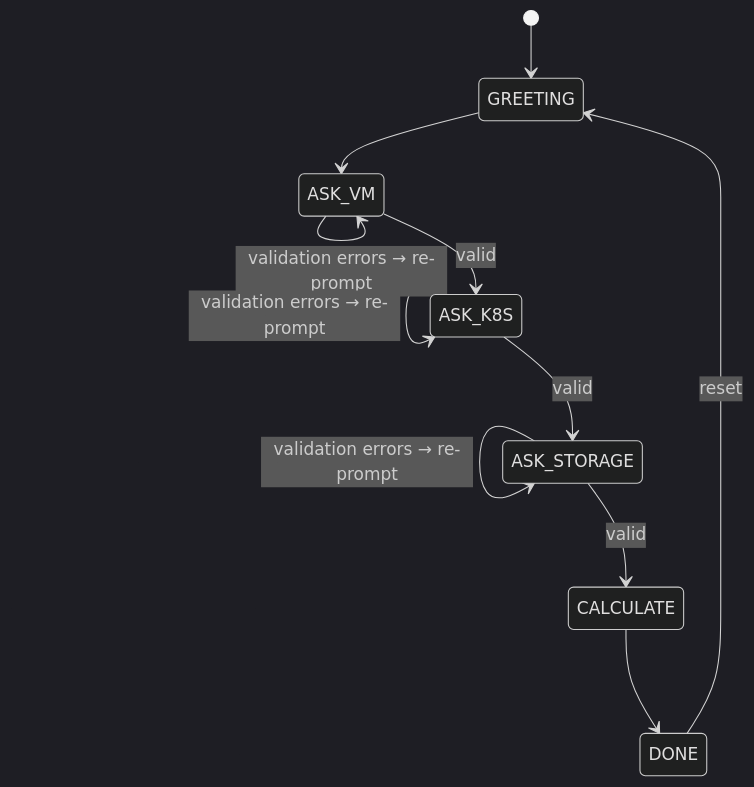
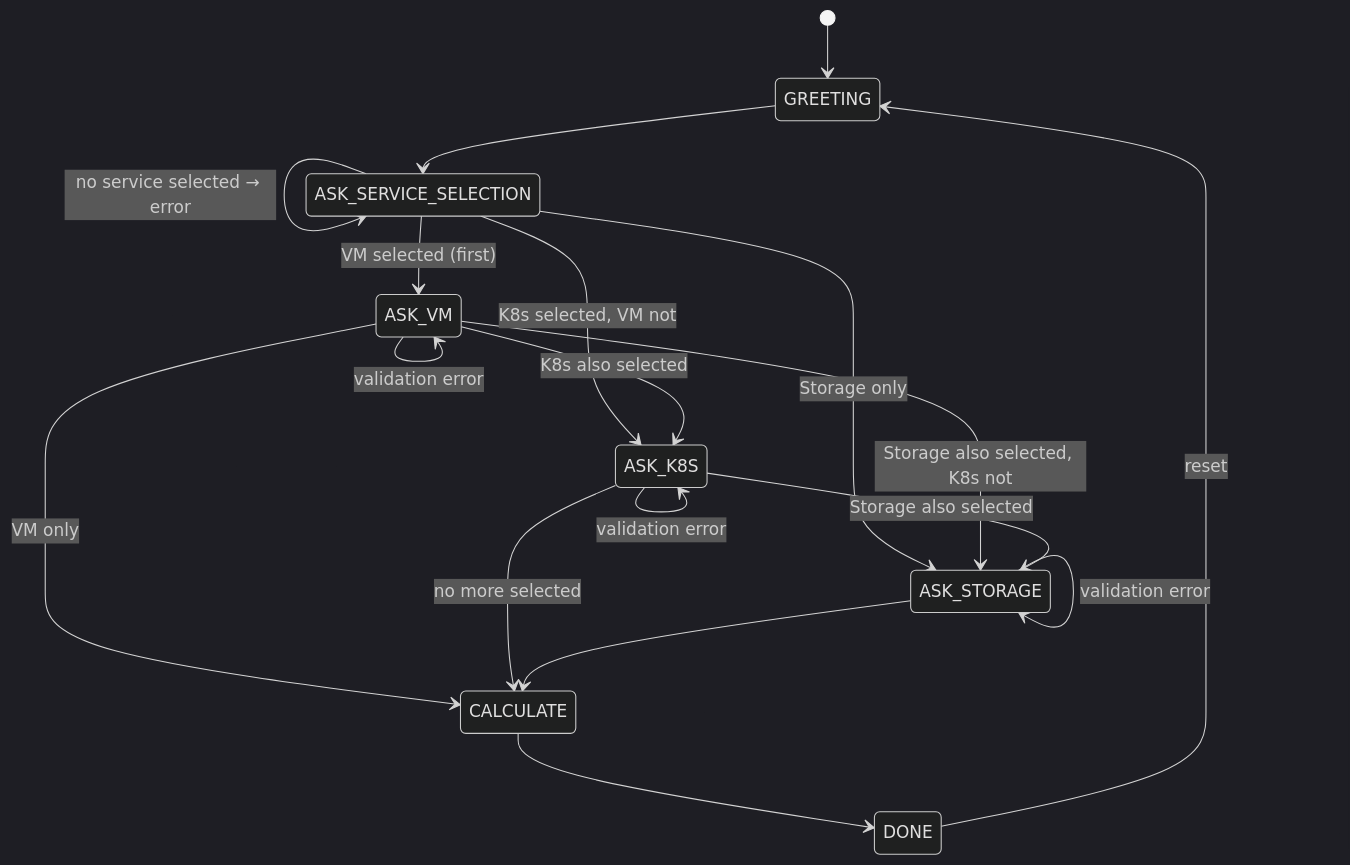
One commit to rmvxmir/cloud-tsis-3 changed the second of 2 diagrams in implementation-plan.md. Above: the diagram before and after it, drawn with Mermaid (dark theme). The commit also changed other lines of this file and 10 other files, not shown here.

````diff
--- a/implementation-plan.md
+++ b/implementation-plan.md
@@ -129,13 +41,20 @@
 ```mermaid
 stateDiagram-v2
     [*] --> GREETING
-    GREETING --> ASK_VM
-    ASK_VM --> ASK_VM : validation errors → re-prompt
-    ASK_VM --> ASK_K8S : valid
-    ASK_K8S --> ASK_K8S : validation errors → re-prompt
-    ASK_K8S --> ASK_STORAGE : valid
-    ASK_STORAGE --> ASK_STORAGE : validation errors → re-prompt
-    ASK_STORAGE --> CALCULATE : valid
+    GREETING --> ASK_SERVICE_SELECTION
+    ASK_SERVICE_SELECTION --> ASK_SERVICE_SELECTION : no service selected → error
+    ASK_SERVICE_SELECTION --> ASK_VM : VM selected (first)
+    ASK_SERVICE_SELECTION --> ASK_K8S : K8s selected, VM not
+    ASK_SERVICE_SELECTION --> ASK_STORAGE : Storage only
+    ASK_VM --> ASK_VM : validation error
+    ASK_VM --> ASK_K8S : K8s also selected
+    ASK_VM --> ASK_STORAGE : Storage also selected, K8s not
+    ASK_VM --> CALCULATE : VM only
+    ASK_K8S --> ASK_K8S : validation error
+    ASK_K8S --> ASK_STORAGE : Storage also selected
+    ASK_K8S --> CALCULATE : no more selected
+    ASK_STORAGE --> ASK_STORAGE : validation error
+    ASK_STORAGE --> CALCULATE
     CALCULATE --> DONE
     DONE --> GREETING : reset
 ```
````
